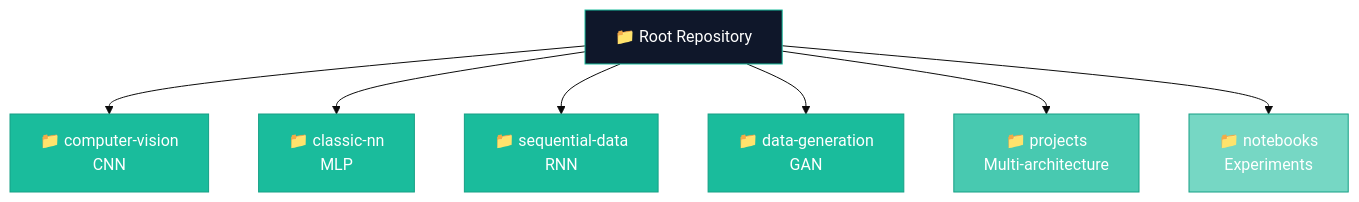
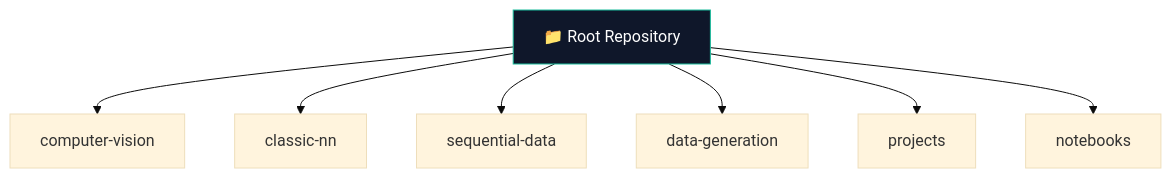
The diagram in README.md (Mindful-AI-Assistants/1-ML-Integrated-Project-PUCSP), drawn with Mermaid (base theme) before and after one commit. The commit also changed other lines of this file, not shown here.

````diff
--- a/README.md
+++ b/README.md
@@ -284,17 +240,11 @@
 ```mermaid
 graph TD
-    A[📁 Root Repository] --> B[📁 computer-vision<br>CNN]
-    A --> C[📁 classic-nn<br>MLP]
-    A --> D[📁 sequential-data<br>RNN]
-    A --> E[📁 data-generation<br>GAN]
-    A --> F[📁 projects<br>Multi-architecture]
-    A --> G[📁 notebooks<br>Experiments]
+    A[📁 Root Repository] --> B[computer-vision]
+    A --> C[classic-nn]
+    A --> D[sequential-data]
+    A --> E[data-generation]
+    A --> F[projects]
+    A --> G[notebooks]
 
-    style A fill:#0f172a,stroke:#1abc9c,color:#ffffff
-    style B fill:#1abc9c,stroke:#16a085,color:#ffffff
-    style C fill:#1abc9c,stroke:#16a085,color:#ffffff
-    style D fill:#1abc9c,stroke:#16a085,color:#ffffff
-    style E fill:#1abc9c,stroke:#16a085,color:#ffffff
-    style F fill:#48c9b0,stroke:#16a085,color:#ffffff
-    style G fill:#76d7c4,stroke:#16a085,color:#ffffff
+  style A fill:#0f172a,stroke:#1abc9c,color:#ffffff
 ```
````
